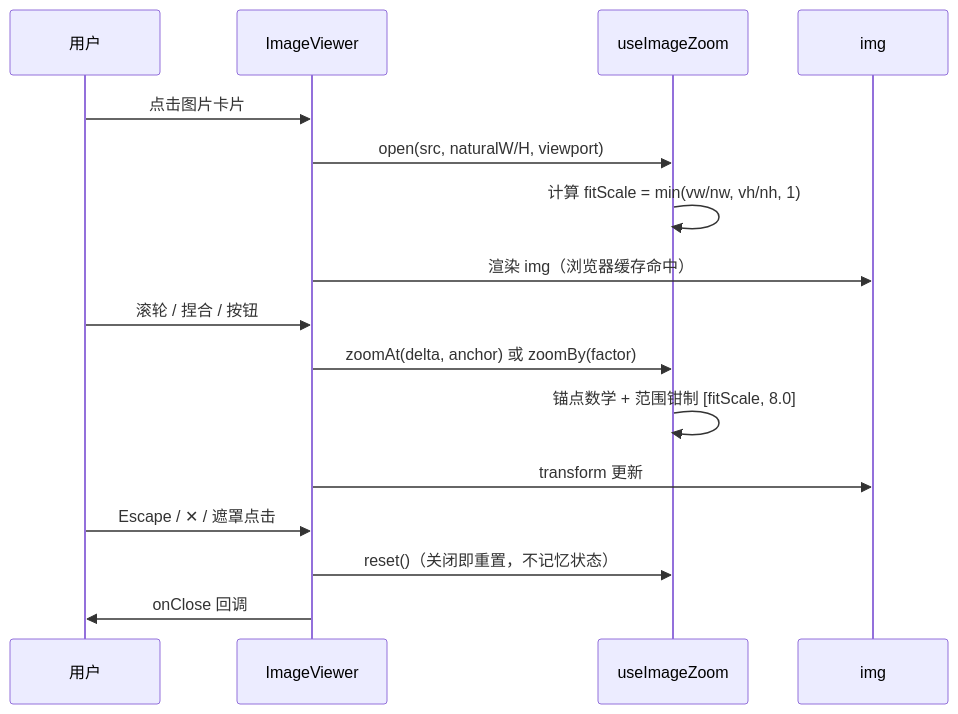
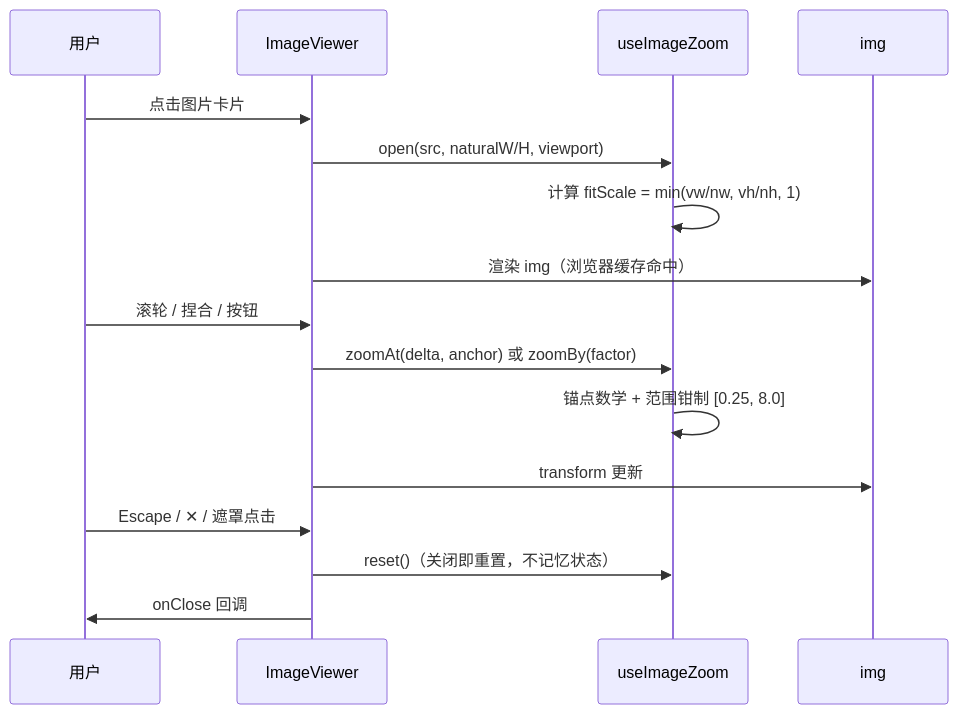
The second of 3 diagrams in docs/superpowers/specs/2026-08-09-pichost-image-zoom-design.md (JeillZhang/pichost), drawn with Mermaid before and after one commit. The commit also changed other lines of this file and 5 other files, not shown here.

Commit message:
fix: allow zoom out below fit (min 25% instead of fitScale)

````diff
--- a/docs/superpowers/specs/2026-08-09-pichost-image-zoom-design.md
+++ b/docs/superpowers/specs/2026-08-09-pichost-image-zoom-design.md
@@ -99,19 +99,19 @@
 ```mermaid
 sequenceDiagram
     participant U as 用户
     participant V as ImageViewer
     participant Z as useImageZoom
     participant I as img
 
     U->>V: 点击图片卡片
     V->>Z: open(src, naturalW/H, viewport)
     Z->>Z: 计算 fitScale = min(vw/nw, vh/nh, 1)
     V->>I: 渲染 img（浏览器缓存命中）
     U->>V: 滚轮 / 捏合 / 按钮
     V->>Z: zoomAt(delta, anchor) 或 zoomBy(factor)
-    Z->>Z: 锚点数学 + 范围钳制 [fitScale, 8.0]
+    Z->>Z: 锚点数学 + 范围钳制 [0.25, 8.0]
     V->>I: transform 更新
     U->>V: Escape / ✕ / 遮罩点击
     V->>Z: reset()（关闭即重置，不记忆状态）
     V->>U: onClose 回调
 ```
````
